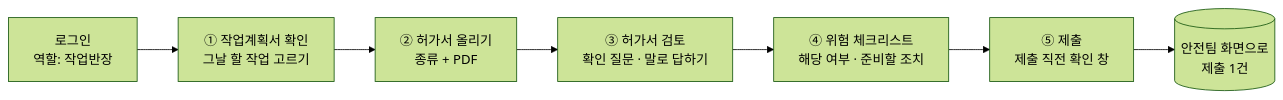
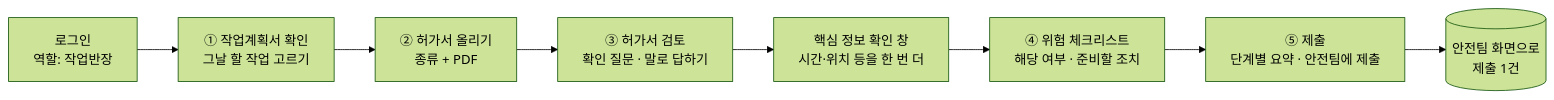
One commit to seojaeohcode/croScan changed the diagram in docs/02_화면시연_반장.md. Above: the diagram before and after it, drawn with Mermaid (forest theme). The commit also changed other lines of this file and 26 other files, not shown here.

````diff
--- a/docs/02_화면시연_반장.md
+++ b/docs/02_화면시연_반장.md
@@ -34,9 +34,10 @@
 ```mermaid
 flowchart LR
   L[로그인<br/>역할: 작업반장] --> P["① 작업계획서 확인<br/>그날 할 작업 고르기"]
   P --> U["② 허가서 올리기<br/>종류 + PDF"]
   U --> R["③ 허가서 검토<br/>확인 질문 · 말로 답하기"]
-  R --> C["④ 위험 체크리스트<br/>해당 여부 · 준비할 조치"]
-  C --> S["⑤ 제출<br/>제출 직전 확인 창"]
+  R --> K["핵심 정보 확인 창<br/>시간·위치 등을 한 번 더"]
+  K --> C["④ 위험 체크리스트<br/>해당 여부 · 준비할 조치"]
+  C --> S["⑤ 제출<br/>단계별 요약 · 안전팀에 제출"]
   S --> T[(안전팀 화면으로<br/>제출 1건)]
 ```
````
